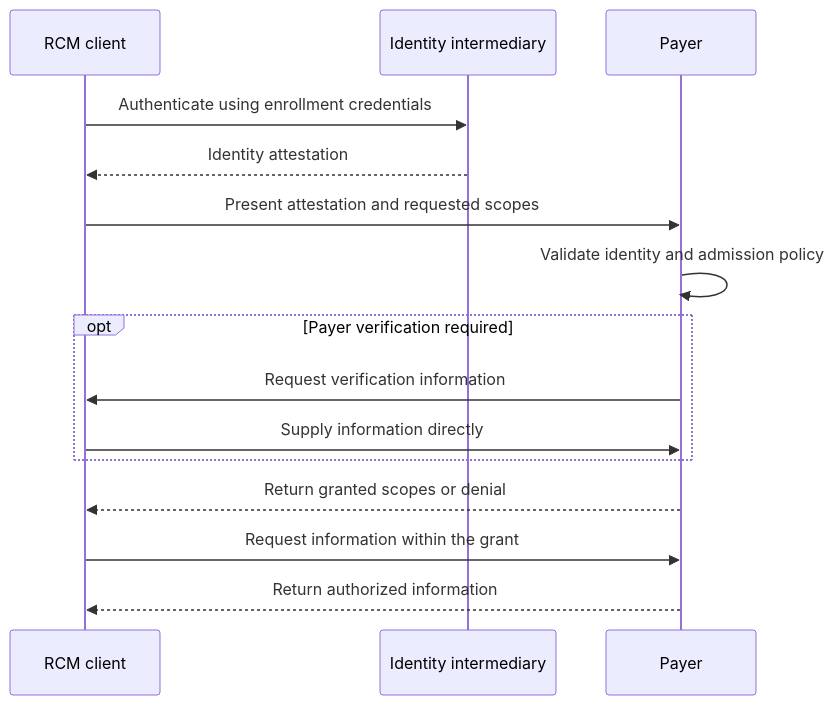
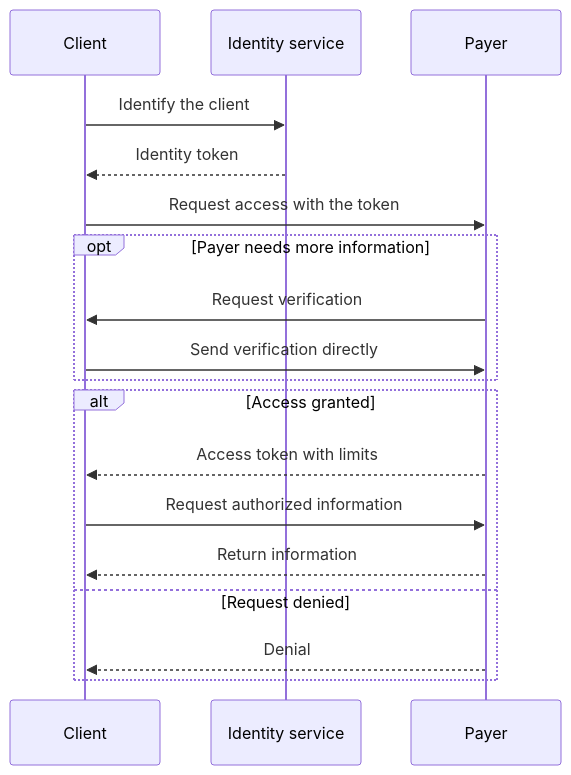
Before and after one commit to Healthcare-Agent-Protocol/healthcare-agent-protocol: the diagram in spec/identity/hap-1.md, drawn with Mermaid. The commit also changed other lines of this file and 5 other files, not shown here.

````diff
--- a/spec/identity/hap-1.md
+++ b/spec/identity/hap-1.md
@@ -56,17 +33,20 @@
 ```mermaid
 sequenceDiagram
-    participant C as RCM client
-    participant I as Identity intermediary
+    participant C as Client
+    participant I as Identity service
     participant P as Payer
-    C->>I: Authenticate using enrollment credentials
-    I-->>C: Identity attestation
-    C->>P: Present attestation and requested scopes
-    P->>P: Validate identity and admission policy
-    opt Payer verification required
-        P->>C: Request verification information
-        C->>P: Supply information directly
+    C->>I: Identify the client
+    I-->>C: Identity token
+    C->>P: Request access with the token
+    opt Payer needs more information
+        P->>C: Request verification
+        C->>P: Send verification directly
     end
-    P-->>C: Return granted scopes or denial
-    C->>P: Request information within the grant
-    P-->>C: Return authorized information
+    alt Access granted
+        P-->>C: Access token with limits
+        C->>P: Request authorized information
+        P-->>C: Return information
+    else Request denied
+        P-->>C: Denial
+    end
 ```
````
